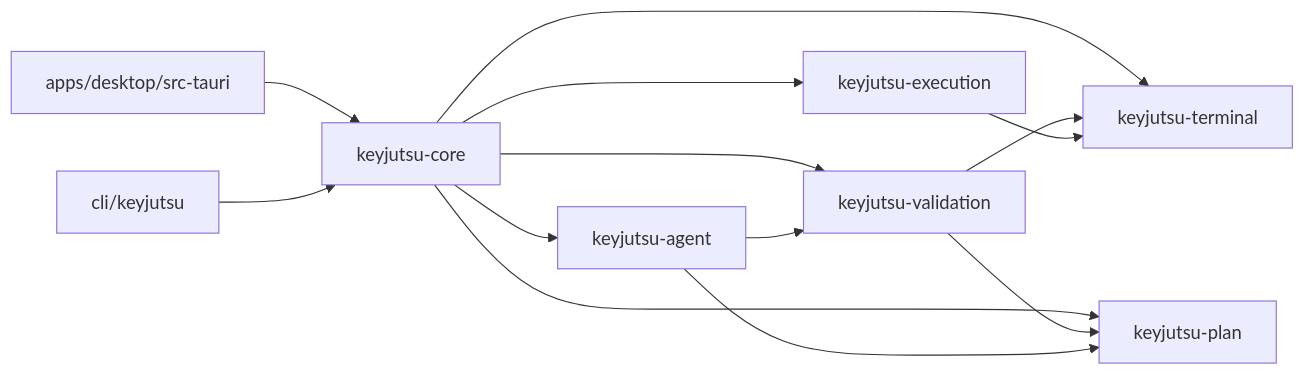
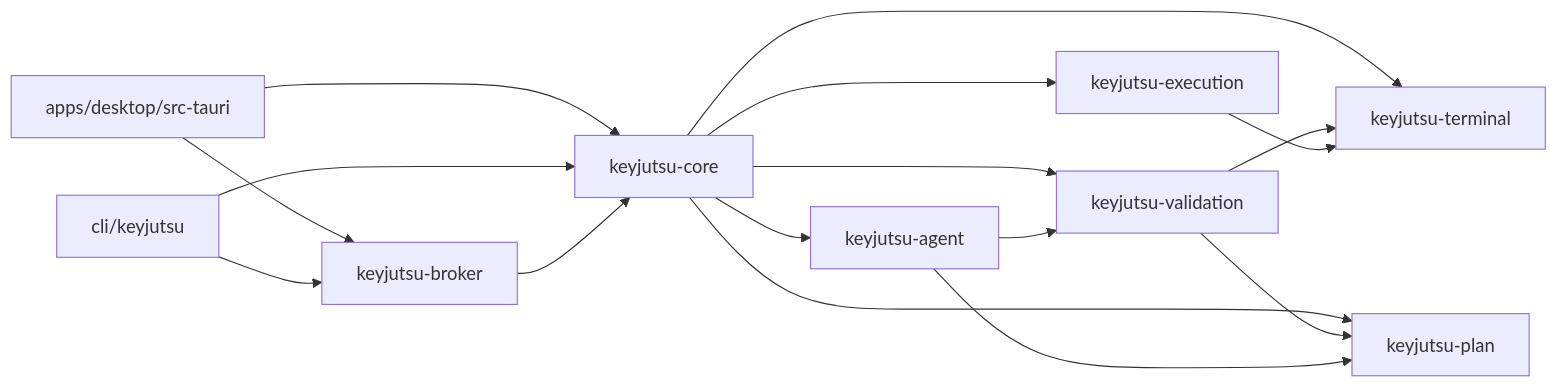
The diagram in docs/architecture/overview.md (TheCodeSaiyan/keyjutsu), drawn with Mermaid before and after one commit. The commit also changed other lines of this file and 151 other files, not shown here.

````diff
--- a/docs/architecture/overview.md
+++ b/docs/architecture/overview.md
@@ -54,15 +53,18 @@
 ```mermaid
 flowchart LR
     desktop["apps/desktop/src-tauri"] --> core
     cli["cli/keyjutsu"] --> core
     core["keyjutsu-core"] --> execution
     core --> terminal
     core --> plan["keyjutsu-plan"]
     core --> validation["keyjutsu-validation"]
     validation --> plan
     validation --> terminal
     core --> agent["keyjutsu-agent"]
     agent --> plan
     agent --> validation
+    desktop --> broker["keyjutsu-broker"]
+    cli --> broker
+    broker --> core
     execution["keyjutsu-execution"] --> terminal["keyjutsu-terminal"]
 ```
````
